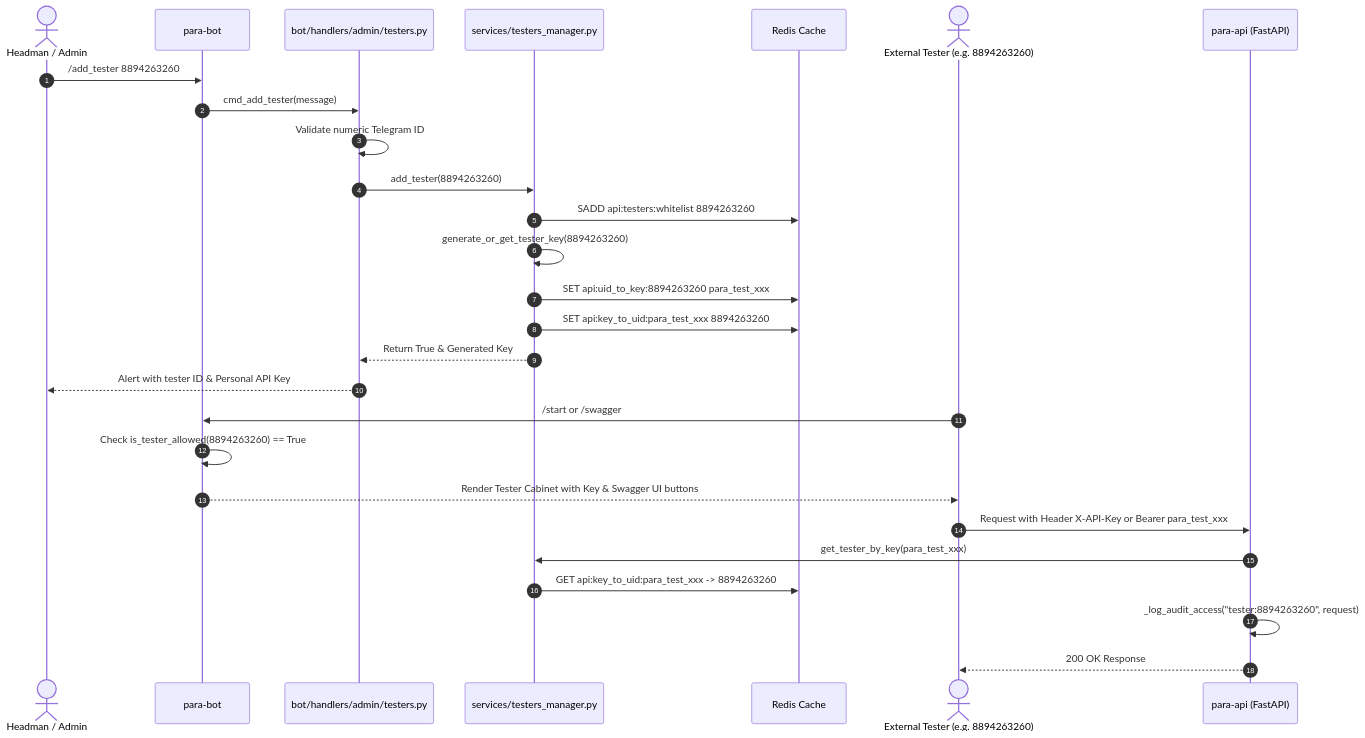
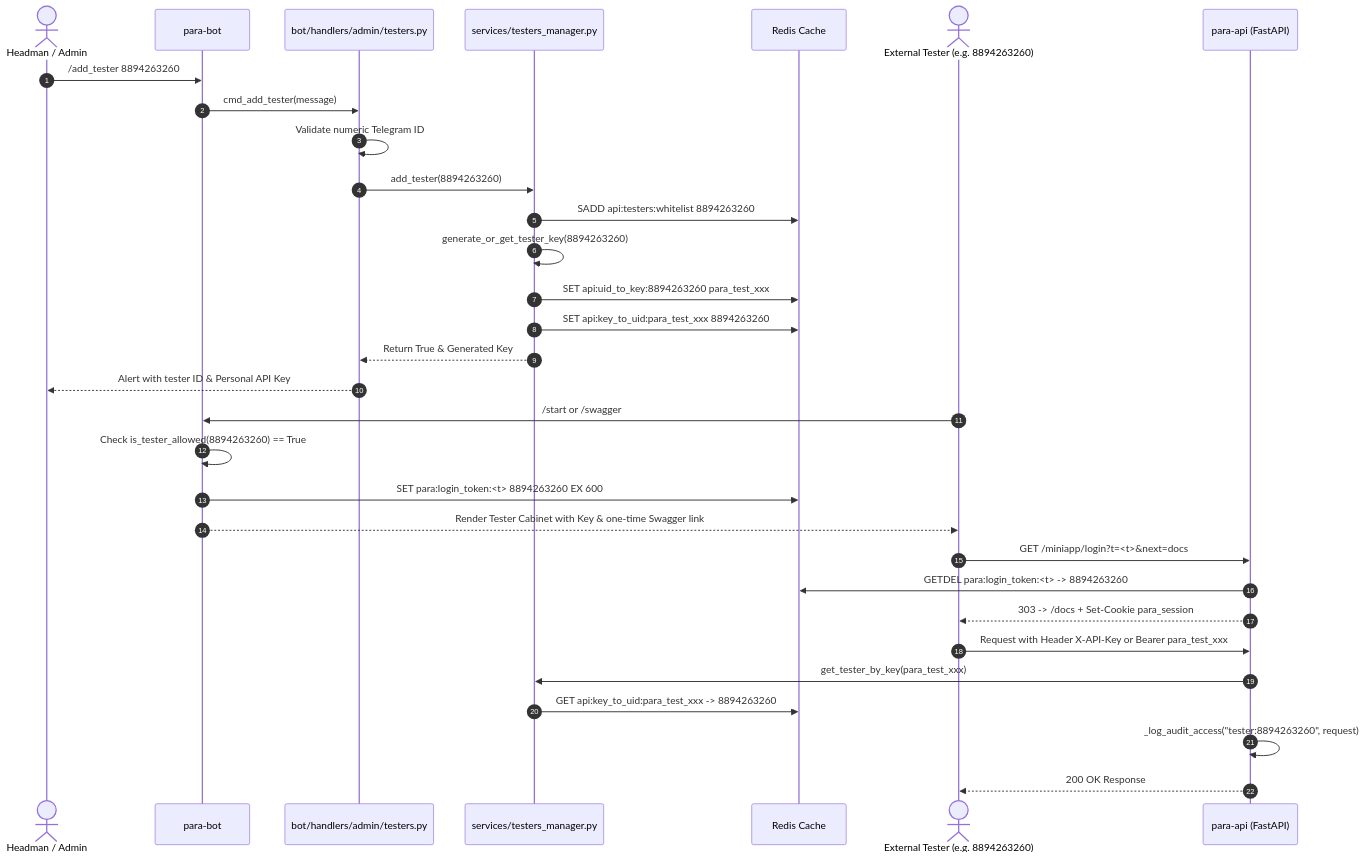
Diagram 27 of 51 in docs/UML.md (Utkautka1/para), drawn with Mermaid before and after one commit. The commit also changed other lines of this file and 89 other files, not shown here.

First line of the commit message:
fix(security): close gamification PII, replace ?key= with one-time login links

````diff
--- a/docs/UML.md
+++ b/docs/UML.md
@@ -1987,32 +1999,37 @@
 ```mermaid
 sequenceDiagram
     autonumber
     actor Admin as Headman / Admin
     participant Bot as para-bot
     participant Handler as bot/handlers/admin/testers.py
     participant TestersMgr as services/testers_manager.py
     participant RedisStore as Redis Cache
     actor Tester as External Tester (e.g. 8894263260)
     participant ApiServer as para-api (FastAPI)
 
     Admin->>Bot: /add_tester 8894263260
     Bot->>Handler: cmd_add_tester(message)
     Handler->>Handler: Validate numeric Telegram ID
     Handler->>TestersMgr: add_tester(8894263260)
     TestersMgr->>RedisStore: SADD api:testers:whitelist 8894263260
     TestersMgr->>TestersMgr: generate_or_get_tester_key(8894263260)
     TestersMgr->>RedisStore: SET api:uid_to_key:8894263260 para_test_xxx
     TestersMgr->>RedisStore: SET api:key_to_uid:para_test_xxx 8894263260
     TestersMgr-->>Handler: Return True & Generated Key
     Handler-->>Admin: Alert with tester ID & Personal API Key
 
     Tester->>Bot: /start or /swagger
     Bot->>Bot: Check is_tester_allowed(8894263260) == True
-    Bot-->>Tester: Render Tester Cabinet with Key & Swagger UI buttons
+    Bot->>RedisStore: SET para:login_token:<t> 8894263260 EX 600
+    Bot-->>Tester: Render Tester Cabinet with Key & one-time Swagger link
+
+    Tester->>ApiServer: GET /miniapp/login?t=<t>&next=docs
+    ApiServer->>RedisStore: GETDEL para:login_token:<t> -> 8894263260
+    ApiServer-->>Tester: 303 -> /docs + Set-Cookie para_session
 
     Tester->>ApiServer: Request with Header X-API-Key or Bearer para_test_xxx
     ApiServer->>TestersMgr: get_tester_by_key(para_test_xxx)
     TestersMgr->>RedisStore: GET api:key_to_uid:para_test_xxx -> 8894263260
     ApiServer->>ApiServer: _log_audit_access("tester:8894263260", request)
     ApiServer-->>Tester: 200 OK Response
 ```
````
